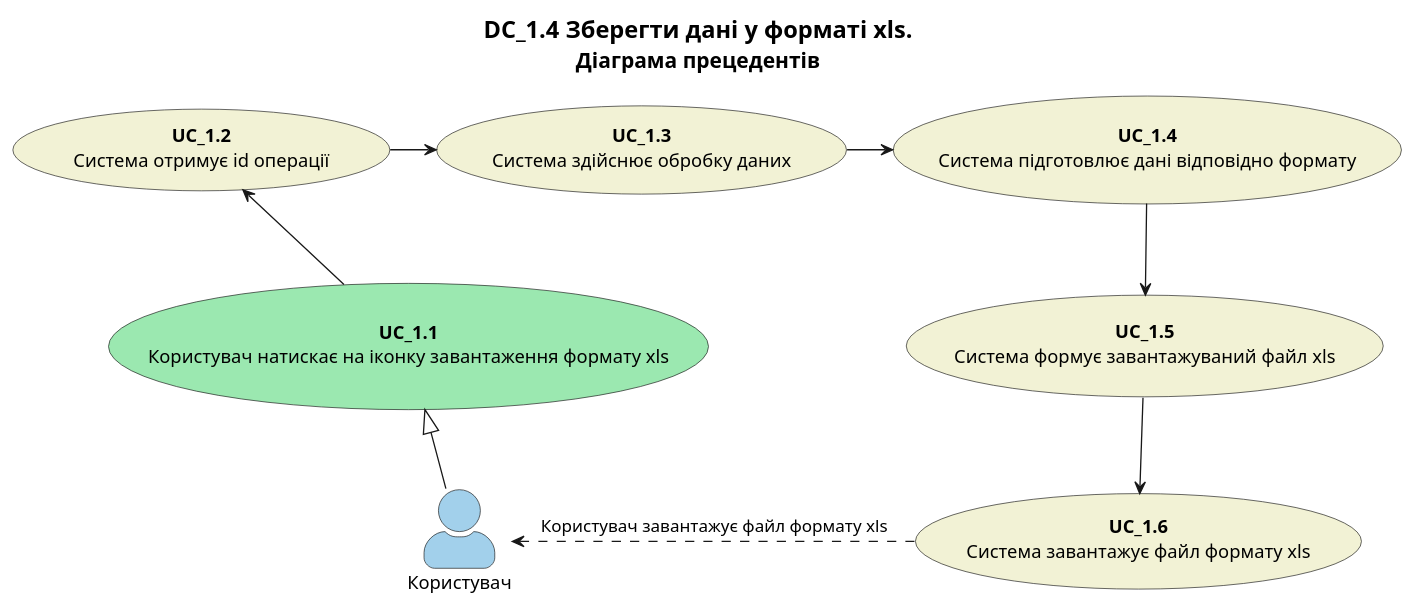
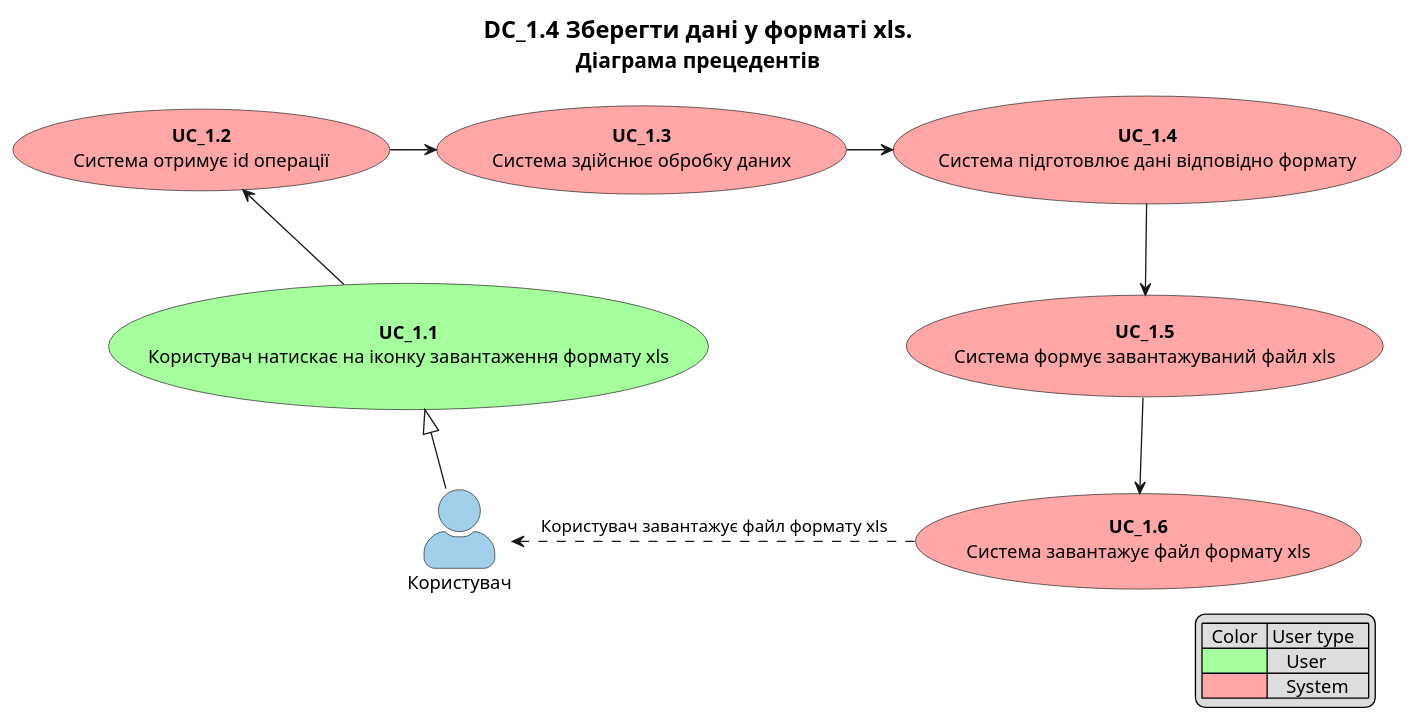
One commit to YanPetrov7/DB_REST_API changed the ninth of 16 diagrams in docs/use cases/README.md. Above: the diagram before and after it, drawn with PlantUML. The commit also changed other lines of this file, not shown here.

Commit message:
docs: use cases colors & legend

```diff
--- a/docs/use cases/README.md
+++ b/docs/use cases/README.md
@@ -391,27 +409,33 @@
 @startuml
 
     title
         <font size=18 color=black>DC_1.4 Зберегти дані у форматі xls.
         <font size=16 color=black>Діаграма прецедентів
     end title
 
+    legend right
+    |  Color  | User type   |
+    |<#a4ff9c>|    User     |
+    |<#ffa6a6>|    System   |
+    endlegend
+
     skinparam actorStyle awesome
 
     actor "Користувач" as User #a2d0eb
 
-    usecase "<b>UC_1.1</b>\nКористувач натискає на іконку завантаження формату xls" as S1 #9be8b0
-    usecase "<b>UC_1.2</b>\nСистема отримує id операції" as S2 #f2f2d5
-    usecase "<b>UC_1.3</b>\nСистема здійснює обробку даних" as S3 #f2f2d5
-    usecase "<b>UC_1.4</b>\nСистема підготовлює дані відповідно формату" as S4 #f2f2d5
-    usecase "<b>UC_1.5</b>\nСистема формує завантажуваний файл xls" as S5 #f2f2d5
-    usecase "<b>UC_1.6</b>\nСистема завантажує файл формату xls" as S6 #f2f2d5
+    usecase "<b>UC_1.1</b>\nКористувач натискає на іконку завантаження формату xls" as S1 #a4ff9c
+    usecase "<b>UC_1.2</b>\nСистема отримує id операції" as S2 #ffa6a6
+    usecase "<b>UC_1.3</b>\nСистема здійснює обробку даних" as S3 #ffa6a6
+    usecase "<b>UC_1.4</b>\nСистема підготовлює дані відповідно формату" as S4 #ffa6a6
+    usecase "<b>UC_1.5</b>\nСистема формує завантажуваний файл xls" as S5 #ffa6a6
+    usecase "<b>UC_1.6</b>\nСистема завантажує файл формату xls" as S6 #ffa6a6
 
     User -up-|> S1
     S1 -up-> S2
     S2 -right-> S3
     S3 -right-> S4
     S4 -down-> S5
     S5 -down-> S6
     S6 -left.> User: Користувач завантажує файл формату xls
 
 @enduml
```
